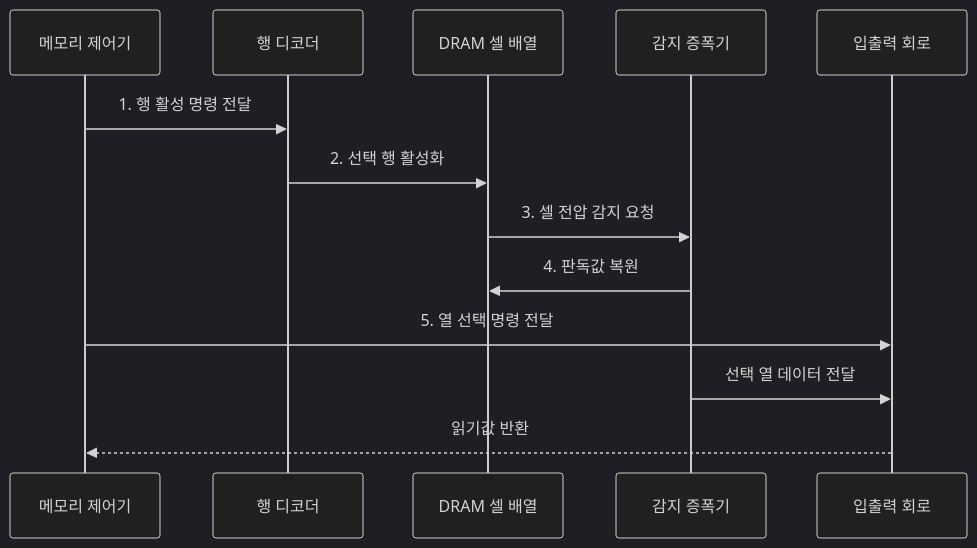
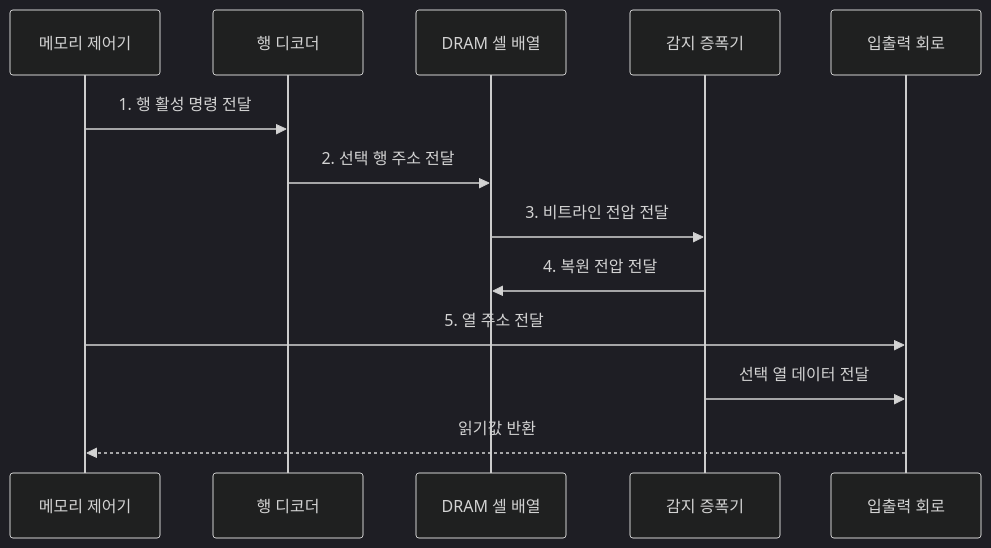
Before and after one commit to agnusdei1207/knowledge-base: the second of 2 diagrams in src/content/docs/notes/02-hardware/023_dram_vs_sram.md, drawn with Mermaid (dark theme). The commit also changed other lines of this file and 20 other files, not shown here.

````diff
--- a/src/content/docs/notes/02-hardware/023_dram_vs_sram.md
+++ b/src/content/docs/notes/02-hardware/023_dram_vs_sram.md
@@ -86,15 +83,15 @@
 ```mermaid
 sequenceDiagram
     participant C as 메모리 제어기
     participant D as 행 디코더
     participant A as DRAM 셀 배열
     participant S as 감지 증폭기
     participant I as 입출력 회로
     C->>D: 1. 행 활성 명령 전달
-    D->>A: 2. 선택 행 활성화
-    A->>S: 3. 셀 전압 감지 요청
-    S->>A: 4. 판독값 복원
-    C->>I: 5. 열 선택 명령 전달
+    D->>A: 2. 선택 행 주소 전달
+    A->>S: 3. 비트라인 전압 전달
+    S->>A: 4. 복원 전압 전달
+    C->>I: 5. 열 주소 전달
     S->>I: 선택 열 데이터 전달
     I-->>C: 읽기값 반환
 ```
````
